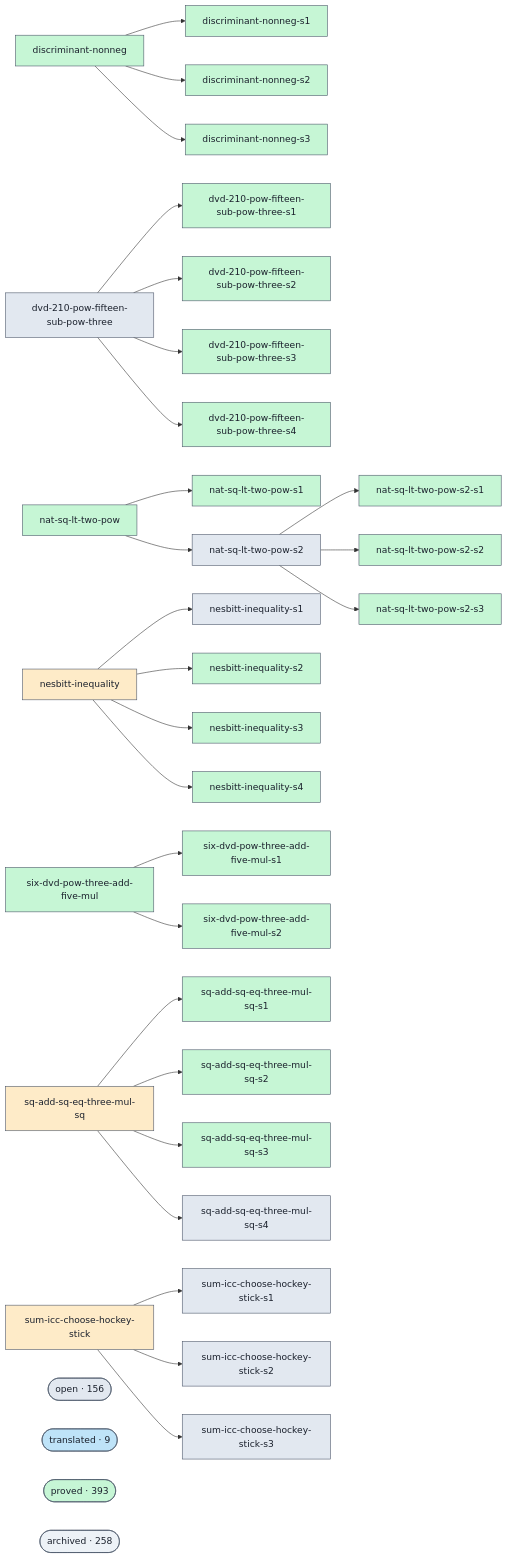
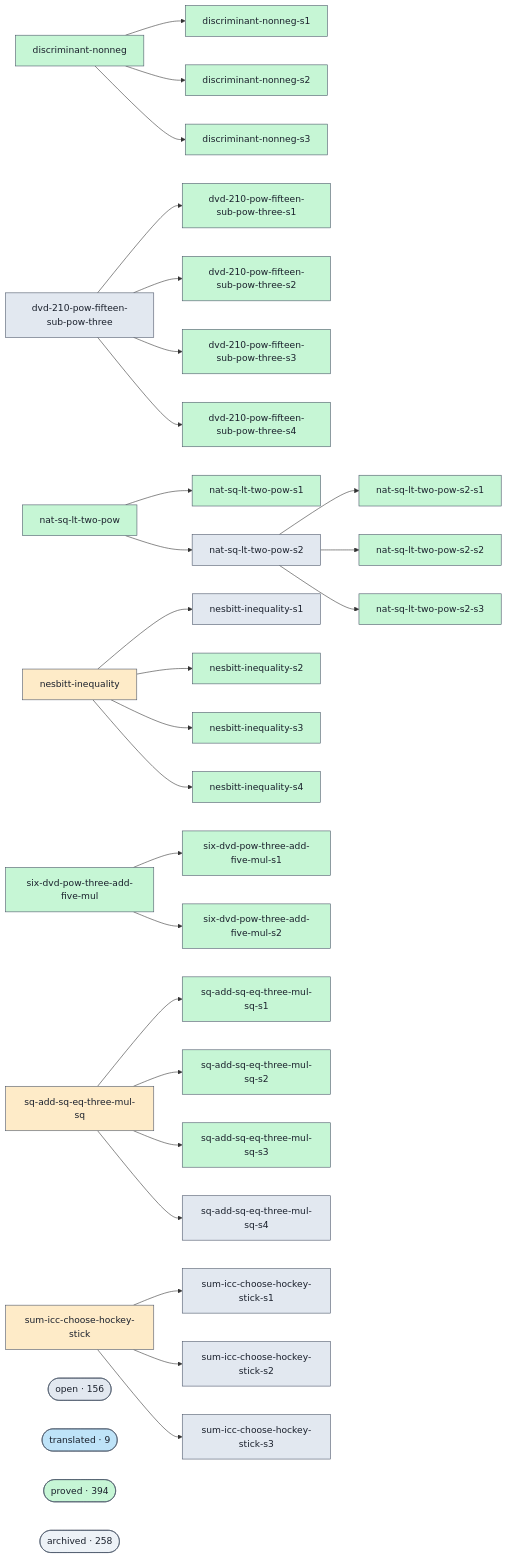
One commit to Rauxon/unsorry changed the diagram in docs/proofs-contributors-visualisation.md. Above: the diagram before and after it, drawn with Mermaid. The commit also changed other lines of this file and 2 other files, not shown here.

```diff
--- a/docs/proofs-contributors-visualisation.md
+++ b/docs/proofs-contributors-visualisation.md
@@ -147,7 +147,7 @@
   class cluster_open open;
   cluster_translated(["translated · 9"])
   class cluster_translated translated;
-  cluster_proved(["proved · 393"])
+  cluster_proved(["proved · 394"])
   class cluster_proved proved;
   cluster_archived(["archived · 258"])
   class cluster_archived unknown;
```
